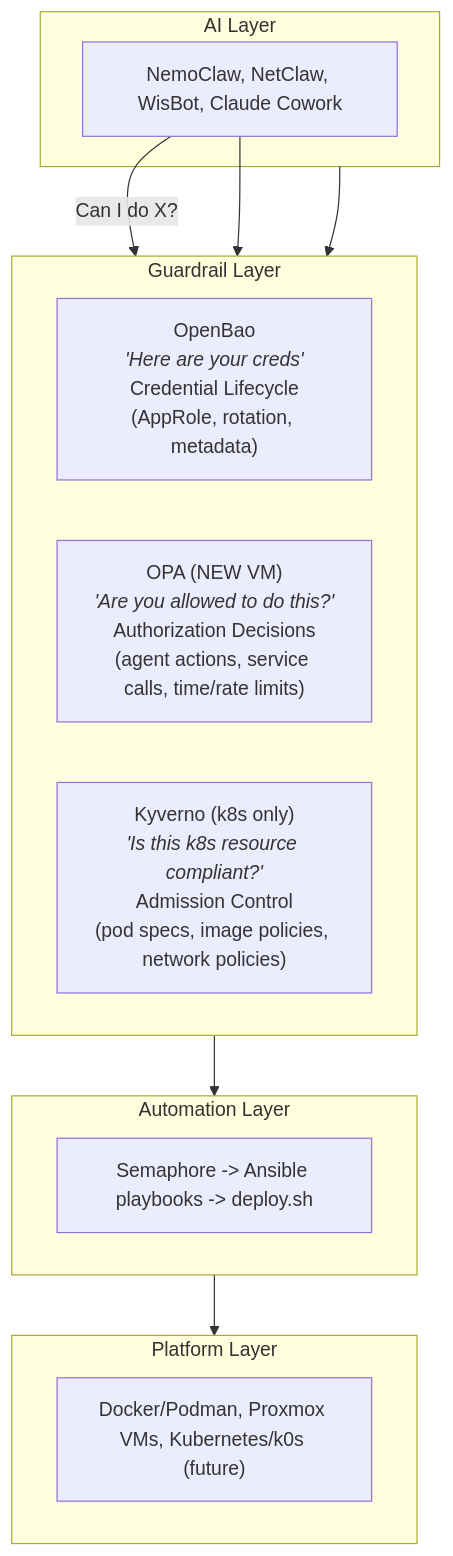
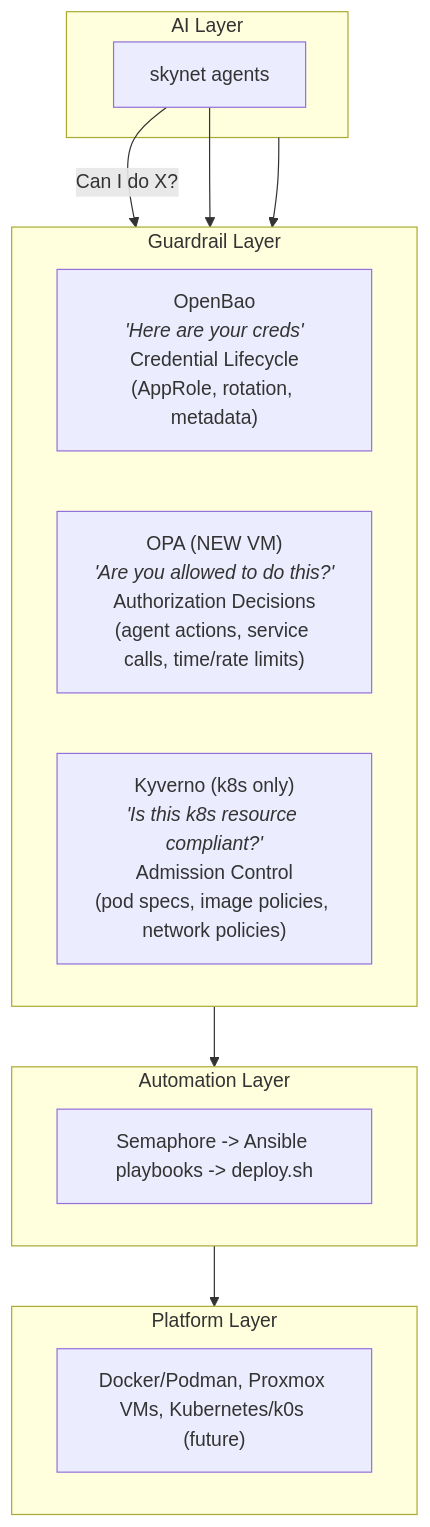
The first of 5 diagrams in plan/archive/development/OPA-INTEGRATION-PLAN.md (uhstray-io/agent-cloud), drawn with Mermaid before and after one commit. The commit also changed other lines of this file and 29 other files, not shown here.

````diff
--- a/plan/archive/development/OPA-INTEGRATION-PLAN.md
+++ b/plan/archive/development/OPA-INTEGRATION-PLAN.md
@@ -52,27 +52,27 @@
 ```mermaid
 graph TD
     subgraph AI["AI Layer"]
-        AGENTS["NemoClaw, NetClaw, WisBot, Claude Cowork"]
+        AGENTS["skynet agents"]
     end
 
     subgraph GR["Guardrail Layer"]
         direction LR
         OPENBAO["OpenBao<br/><i>'Here are your creds'</i><br/>Credential Lifecycle<br/>(AppRole, rotation, metadata)"]
         OPA["OPA (NEW VM)<br/><i>'Are you allowed to do this?'</i><br/>Authorization Decisions<br/>(agent actions, service calls, time/rate limits)"]
         KYVERNO["Kyverno (k8s only)<br/><i>'Is this k8s resource compliant?'</i><br/>Admission Control<br/>(pod specs, image policies, network policies)"]
     end
 
     subgraph AUTO["Automation Layer"]
         SEM["Semaphore -> Ansible playbooks -> deploy.sh"]
     end
 
     subgraph PLAT["Platform Layer"]
         INFRA["Docker/Podman, Proxmox VMs, Kubernetes/k0s (future)"]
     end
 
     AGENTS -- "Can I do X?" --> OPA
     AGENTS --> OPENBAO
     AI --> GR
     GR --> AUTO
     AUTO --> PLAT
 ```
````
